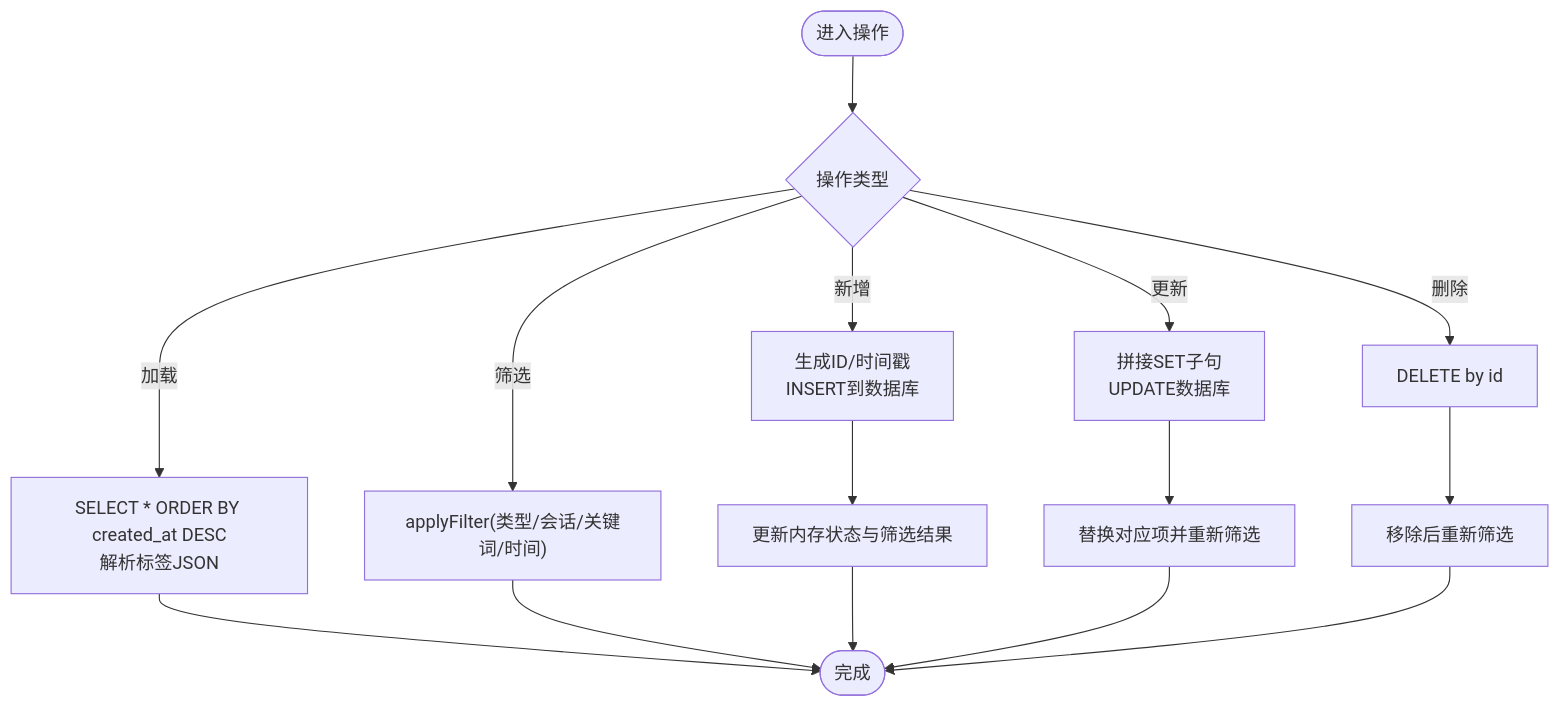
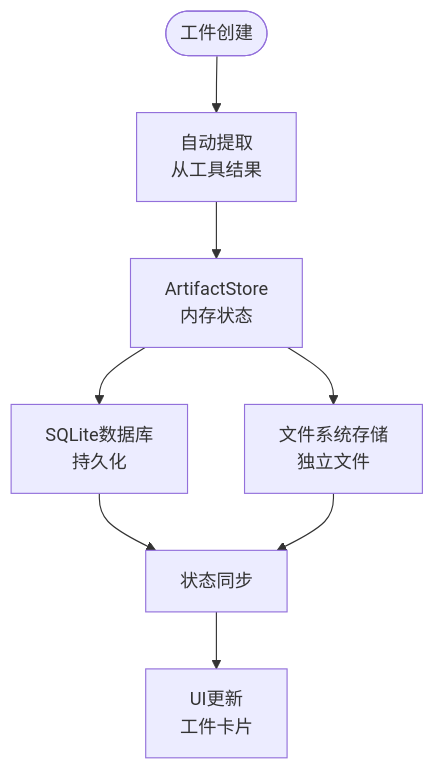
One commit to NarcisWL/Nexara changed the fourth of 9 diagrams in .qoder/repowiki/zh/content/状态管理/工件状态管理.md. Above: the diagram before and after it, drawn with Mermaid. The commit also changed other lines of this file and 43 other files, not shown here.

Commit message:
feat(rag): implement KG JIT Micro-Graph pipeline and consolidate documentation

````diff
--- a/.qoder/repowiki/zh/content/状态管理/工件状态管理.md
+++ b/.qoder/repowiki/zh/content/状态管理/工件状态管理.md
@@ -187,17 +220,10 @@
 ```mermaid
 flowchart TD
-Start(["进入操作"]) --> Op{"操作类型"}
-Op --> |新增| Add["生成ID/时间戳<br/>INSERT到数据库"]
-Op --> |更新| Upd["拼接SET子句<br/>UPDATE数据库"]
-Op --> |删除| Del["DELETE by id"]
-Op --> |加载| Load["SELECT * ORDER BY created_at DESC<br/>解析标签JSON"]
-Op --> |筛选| Filter["applyFilter(类型/会话/关键词/时间)"]
-Add --> SyncAdd["更新内存状态与筛选结果"]
-Upd --> SyncUpd["替换对应项并重新筛选"]
-Del --> SyncDel["移除后重新筛选"]
-Load --> Done(["完成"])
-Filter --> Done
-SyncAdd --> Done
-SyncUpd --> Done
-SyncDel --> Done
+Start(["工件创建"]) --> Auto["自动提取<br/>从工具结果"]
+Auto --> Store["ArtifactStore<br/>内存状态"]
+Store --> DB["SQLite数据库<br/>持久化"]
+Store --> FS["文件系统存储<br/>独立文件"]
+DB --> Sync["状态同步"]
+FS --> Sync
+Sync --> UI["UI更新<br/>工件卡片"]
 ```
````
